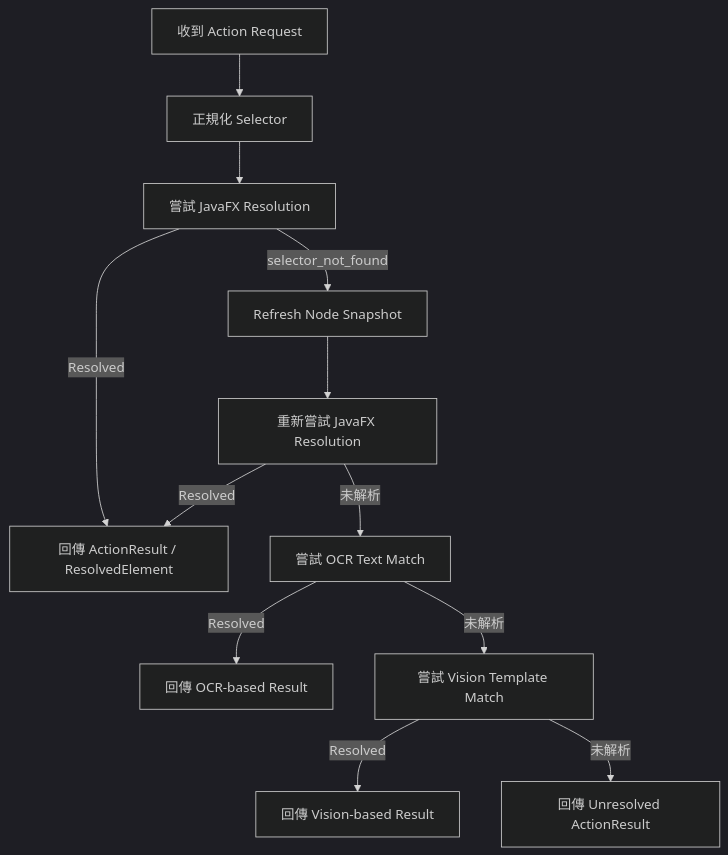
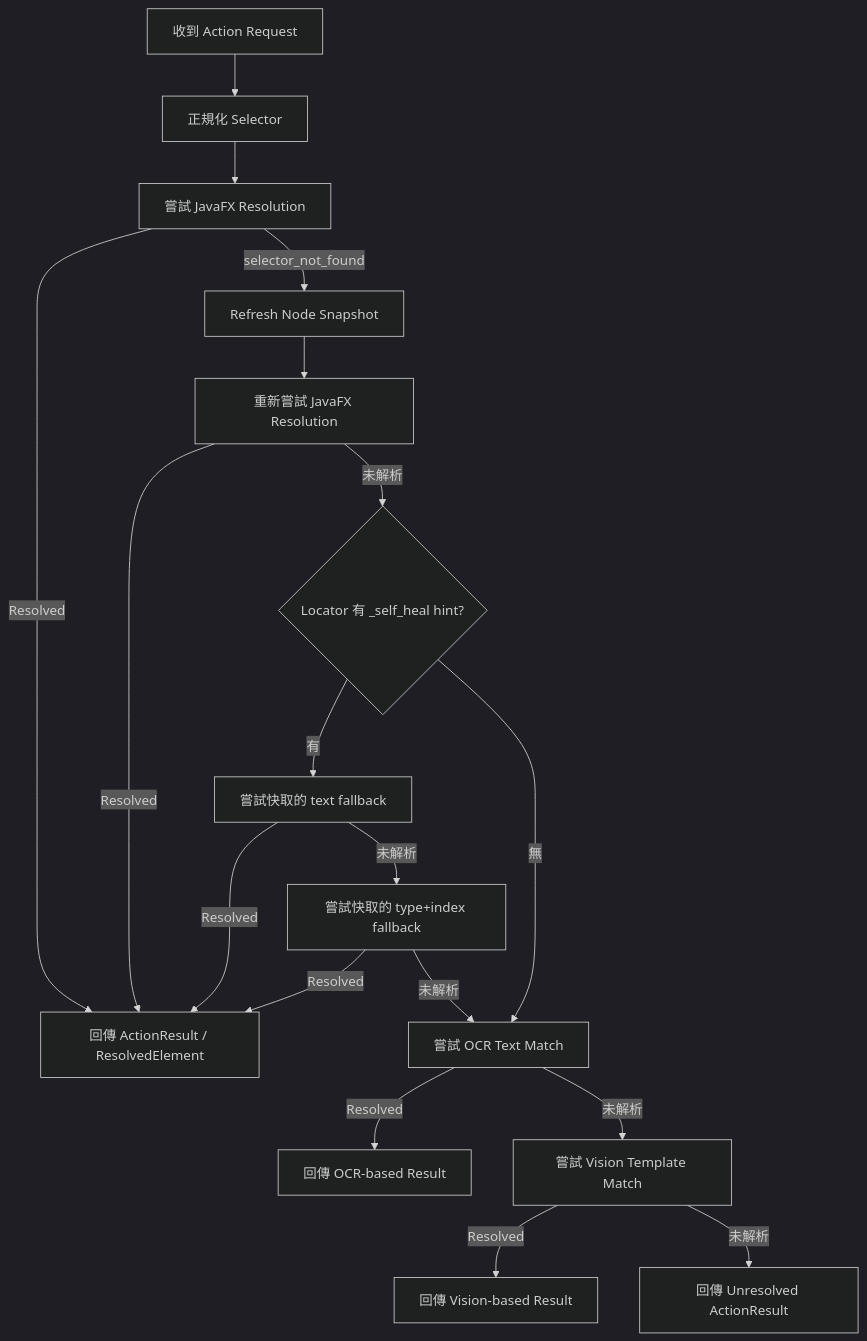
One commit to caryhsu/omniui changed the third of 4 diagrams in docs/architecture.zh-TW.md. Above: the diagram before and after it, drawn with Mermaid (dark theme). The commit also changed other lines of this file and 13 other files, not shown here.

````diff
--- a/docs/architecture.zh-TW.md
+++ b/docs/architecture.zh-TW.md
@@ -81,14 +81,20 @@
 ```mermaid
 flowchart TD
     Start[收到 Action Request] --> Normalize[正規化 Selector]
     Normalize --> JavaFX[嘗試 JavaFX Resolution]
     JavaFX -->|Resolved| Done[回傳 ActionResult / ResolvedElement]
     JavaFX -->|selector_not_found| Refresh[Refresh Node Snapshot]
     Refresh --> Retry[重新嘗試 JavaFX Resolution]
     Retry -->|Resolved| Done
-    Retry -->|未解析| OCR[嘗試 OCR Text Match]
+    Retry -->|未解析| SelfHeal{Locator 有 _self_heal hint?}
+    SelfHeal -->|有| HealText[嘗試快取的 text fallback]
+    HealText -->|Resolved| Done
+    HealText -->|未解析| HealTypeIdx[嘗試快取的 type+index fallback]
+    HealTypeIdx -->|Resolved| Done
+    HealTypeIdx -->|未解析| OCR[嘗試 OCR Text Match]
+    SelfHeal -->|無| OCR
     OCR -->|Resolved| OCRDone[回傳 OCR-based Result]
     OCR -->|未解析| Vision[嘗試 Vision Template Match]
     Vision -->|Resolved| VisionDone[回傳 Vision-based Result]
     Vision -->|未解析| Fail[回傳 Unresolved ActionResult]
 ```
````
